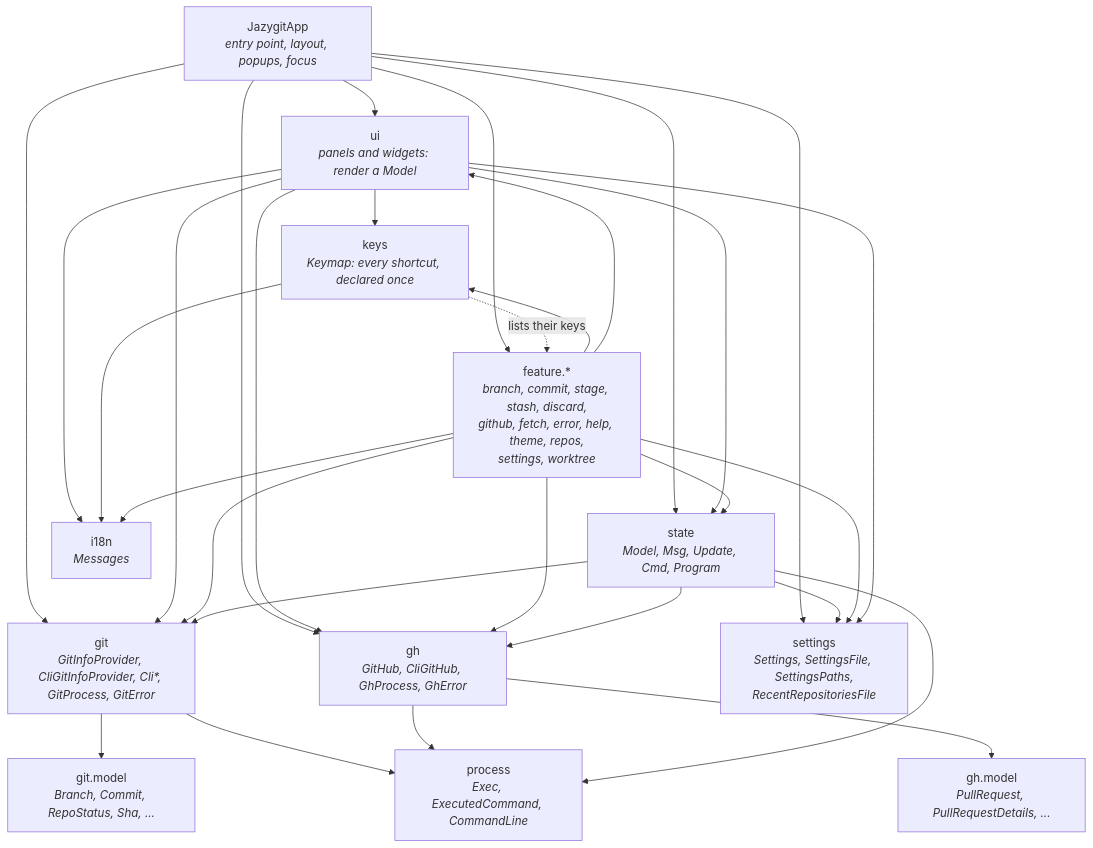
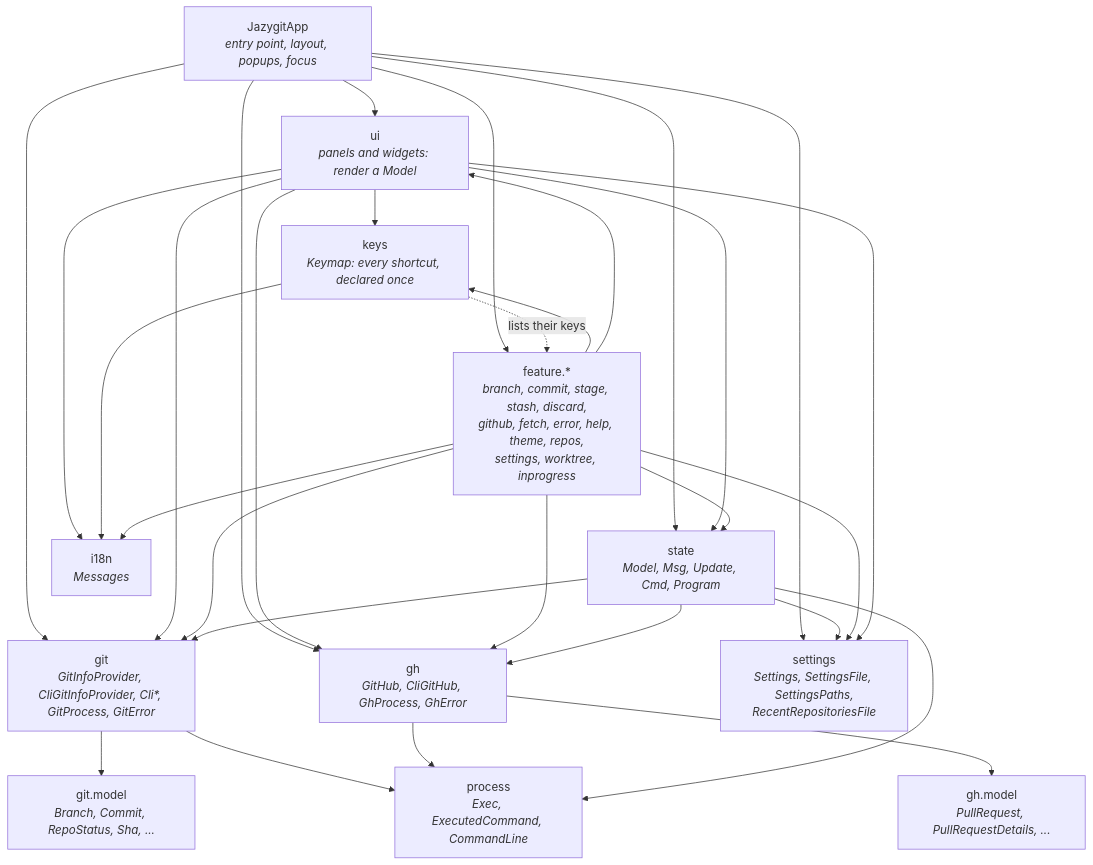
Before and after one commit to cvanfleteren/jazygit: the first of 7 diagrams in ARCHITECTURE.md, drawn with Mermaid. The commit also changed 35 other files, not shown here.

````diff
--- a/ARCHITECTURE.md
+++ b/ARCHITECTURE.md
@@ -17,45 +17,45 @@
 ```mermaid
 graph TD
     App["JazygitApp<br/><i>entry point, layout, popups, focus</i>"]
     UI["ui<br/><i>panels and widgets: render a Model</i>"]
     Keys["keys<br/><i>Keymap: every shortcut, declared once</i>"]
-    Feature["feature.*<br/><i>branch, commit, stage, stash, discard,<br/>github, fetch, error, help, theme, repos,<br/>settings, worktree</i>"]
+    Feature["feature.*<br/><i>branch, commit, stage, stash, discard,<br/>github, fetch, error, help, theme, repos,<br/>settings, worktree, inprogress</i>"]
     State["state<br/><i>Model, Msg, Update, Cmd, Program</i>"]
     Git["git<br/><i>GitInfoProvider, CliGitInfoProvider, Cli*, GitProcess, GitError</i>"]
     GitModel["git.model<br/><i>Branch, Commit, RepoStatus, Sha, ...</i>"]
     Gh["gh<br/><i>GitHub, CliGitHub, GhProcess, GhError</i>"]
     GhModel["gh.model<br/><i>PullRequest, PullRequestDetails, ...</i>"]
     Process["process<br/><i>Exec, ExecutedCommand, CommandLine</i>"]
     I18n["i18n<br/><i>Messages</i>"]
     Settings["settings<br/><i>Settings, SettingsFile, SettingsPaths,<br/>RecentRepositoriesFile</i>"]
 
     App --> UI
     App --> State
     App --> Feature
     App --> Git
     App --> Gh
     UI --> Keys
     UI --> State
     UI --> Git
     UI --> Gh
     Keys -. "lists their keys" .-> Feature
     Feature --> Keys
     Feature --> UI
     Feature --> State
     Feature --> Git
     State --> Git
     Git --> GitModel
     Feature --> Gh
     State --> Gh
     Gh --> GhModel
     Git --> Process
     Gh --> Process
     State --> Process
     UI --> I18n
     App --> Settings
     State --> Settings
     Feature --> Settings
     UI --> Settings
     Keys --> I18n
     Feature --> I18n
 ```
````
